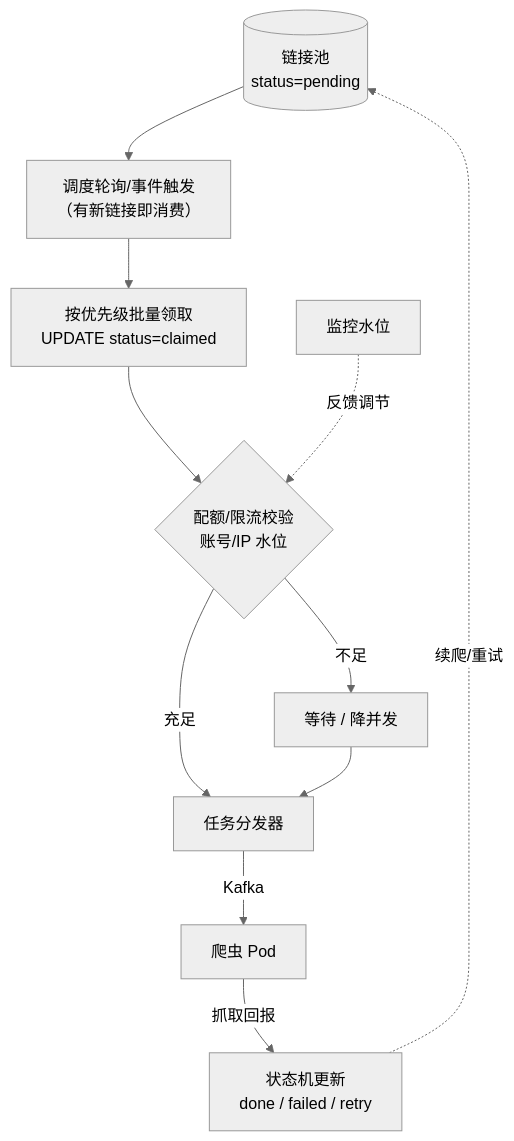
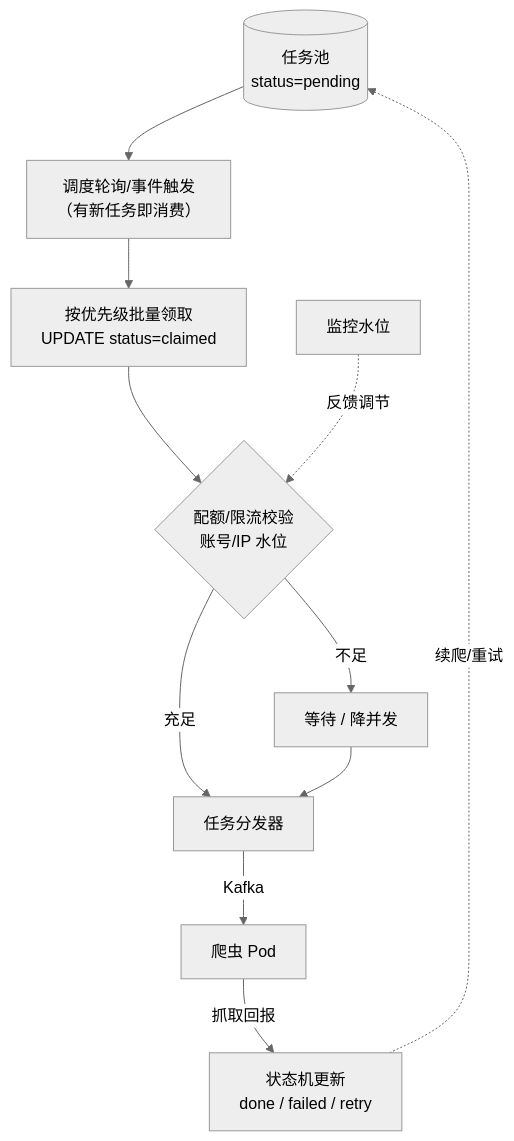
One commit to Sj-g/obsidian changed the third of 6 diagrams in 公司项目/认知作战/软件概要设计简述.md. Above: the diagram before and after it, drawn with Mermaid (neutral theme). The commit also changed other lines of this file, not shown here.

````diff
--- a/公司项目/认知作战/软件概要设计简述.md
+++ b/公司项目/认知作战/软件概要设计简述.md
@@ -139,13 +155,13 @@
 ```mermaid
 flowchart TB
-    LP[("链接池<br/>status=pending")] --> POLL["调度轮询/事件触发<br/>（有新链接即消费）"]
+    TP[("任务池<br/>status=pending")] --> POLL["调度轮询/事件触发<br/>（有新任务即消费）"]
     POLL --> FETCH["按优先级批量领取<br/>UPDATE status=claimed"]
     FETCH --> QUOTA{"配额/限流校验<br/>账号/IP 水位"}
     QUOTA -->|"不足"| WAIT["等待 / 降并发"]
     QUOTA -->|"充足"| DISP["任务分发器"]
     WAIT --> DISP
     DISP -->|"Kafka"| POD["爬虫 Pod"]
     POD -->|"抓取回报"| SM["状态机更新<br/>done / failed / retry"]
-    SM -.->|"续爬/重试"| LP
+    SM -.->|"续爬/重试"| TP
     MON2["监控水位"] -.->|"反馈调节"| QUOTA
 ```
````
